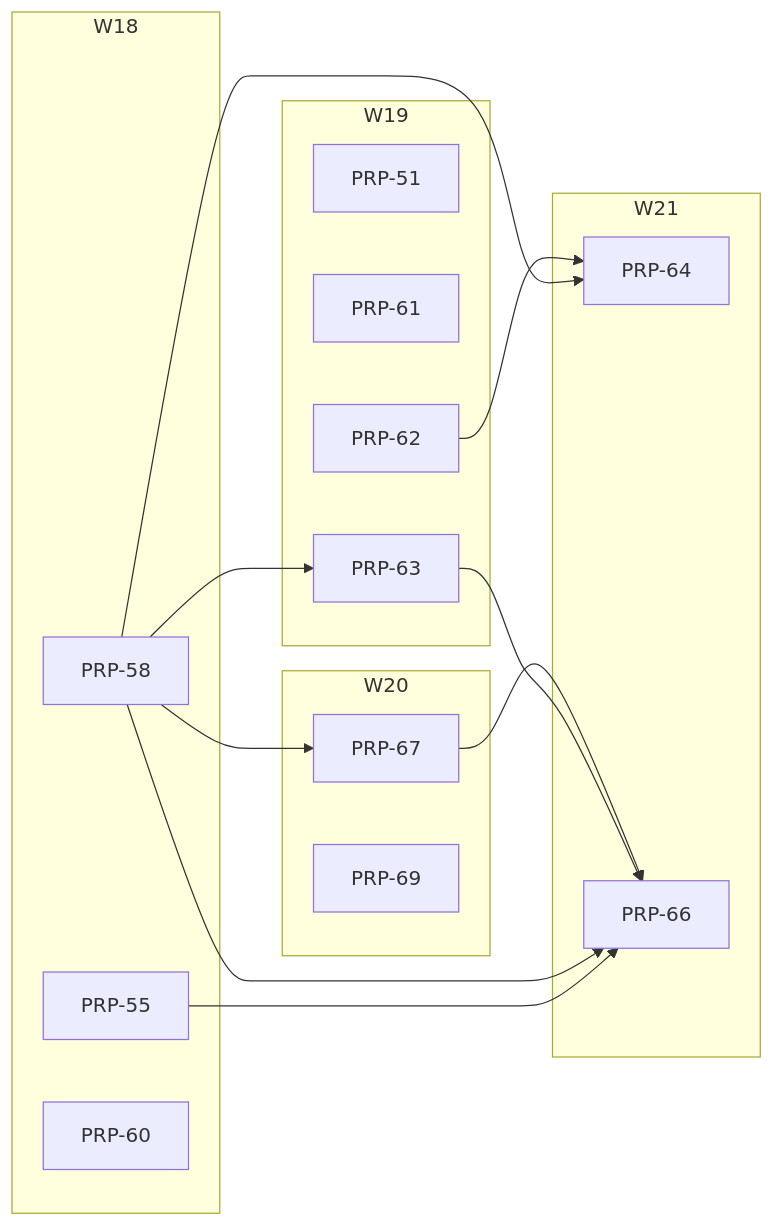
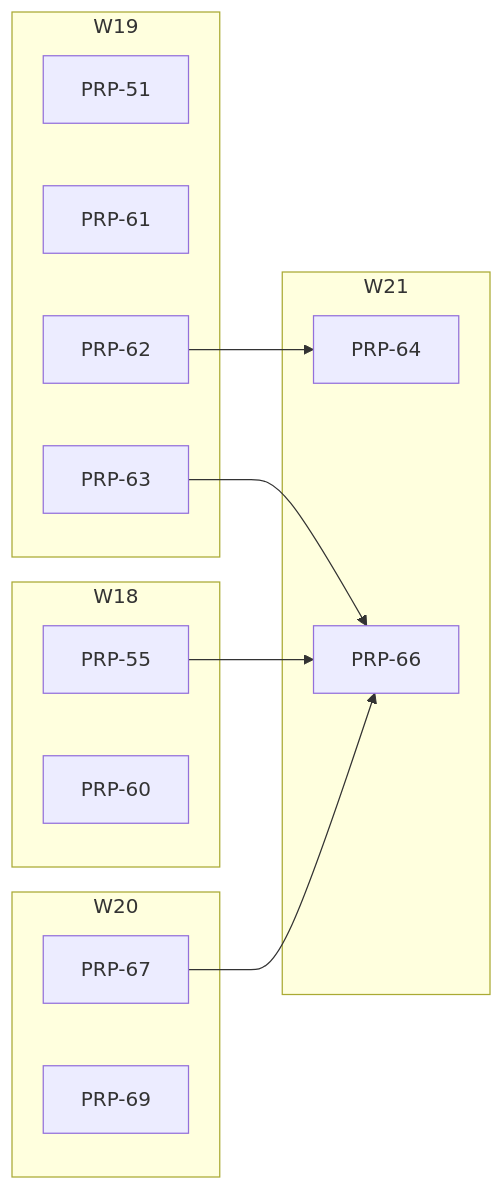
Before and after one commit to fgarofalo56/neurosphere: the diagram in PRPs/EXECUTION-PLAN.md, drawn with Mermaid. The commit also changed other lines of this file and 4 other files, not shown here.

````diff
--- a/PRPs/EXECUTION-PLAN.md
+++ b/PRPs/EXECUTION-PLAN.md
@@ -96,30 +95,25 @@
 ```mermaid
 flowchart LR
   subgraph W18
     P55["PRP-55"]
-    P58["PRP-58"]
     P60["PRP-60"]
   end
   subgraph W19
     P51["PRP-51"]
     P61["PRP-61"]
     P62["PRP-62"]
     P63["PRP-63"]
   end
   subgraph W20
     P67["PRP-67"]
     P69["PRP-69"]
   end
   subgraph W21
     P64["PRP-64"]
     P66["PRP-66"]
   end
-  P58 --> P63
-  P58 --> P64
   P62 --> P64
   P55 --> P66
-  P58 --> P66
   P63 --> P66
   P67 --> P66
-  P58 --> P67
 ```
````
